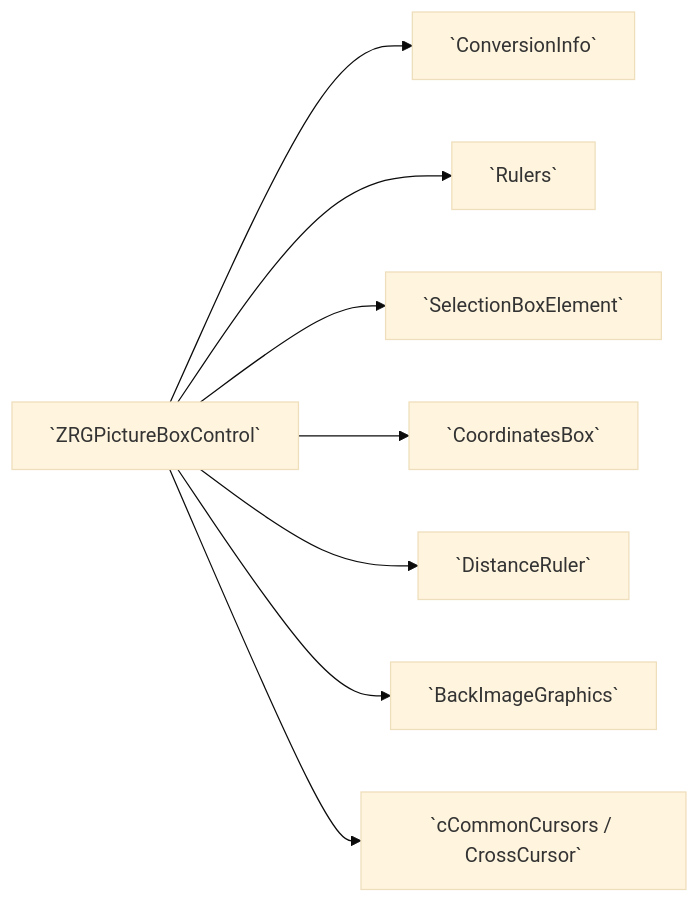
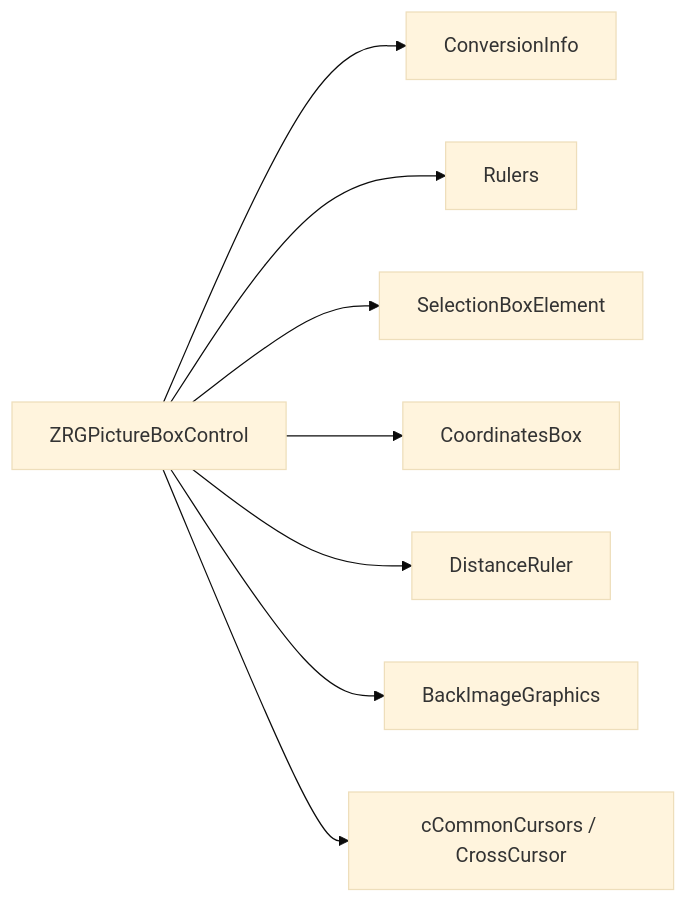
One commit to AhmedGalalIsmail/CoNSoL-TakeOff changed the first of 2 diagrams in CoNSoL-TakeOff-AI-Docs/ZRGPictureBoxControl-in-Details/01-ZRGPictureBoxControl.md. Above: the diagram before and after it, drawn with Mermaid (base theme). The commit also changed other lines of this file, not shown here.

````diff
--- a/CoNSoL-TakeOff-AI-Docs/ZRGPictureBoxControl-in-Details/01-ZRGPictureBoxControl.md
+++ b/CoNSoL-TakeOff-AI-Docs/ZRGPictureBoxControl-in-Details/01-ZRGPictureBoxControl.md
@@ -13,19 +12,19 @@
 ```mermaid
 graph LR
-  ZRG[`ZRGPictureBoxControl`]
-  CI[`ConversionInfo`]
-  R[`Rulers`]
-  SB[`SelectionBoxElement`]
-  CB[`CoordinatesBox`]
-  DR[`DistanceRuler`]
-  BG[`BackImageGraphics`]
-  CU[`cCommonCursors / CrossCursor`]
+  ZRG[ZRGPictureBoxControl]
+  CI[ConversionInfo]
+  R[Rulers]
+  SB[SelectionBoxElement]
+  CB[CoordinatesBox]
+  DR[DistanceRuler]
+  BG[BackImageGraphics]
+  CU[cCommonCursors / CrossCursor]
 
   ZRG --> CI
   ZRG --> R
   ZRG --> SB
   ZRG --> CB
   ZRG --> DR
   ZRG --> BG
   ZRG --> CU
 ```
````
